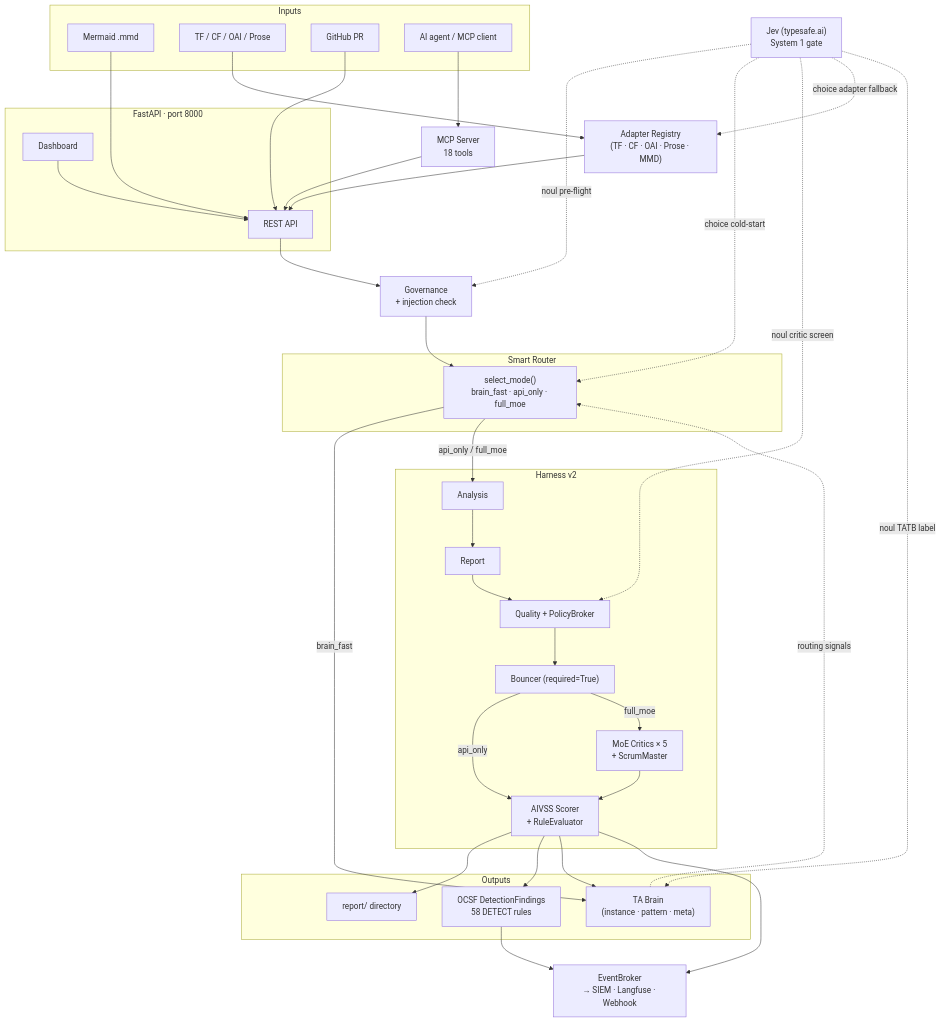
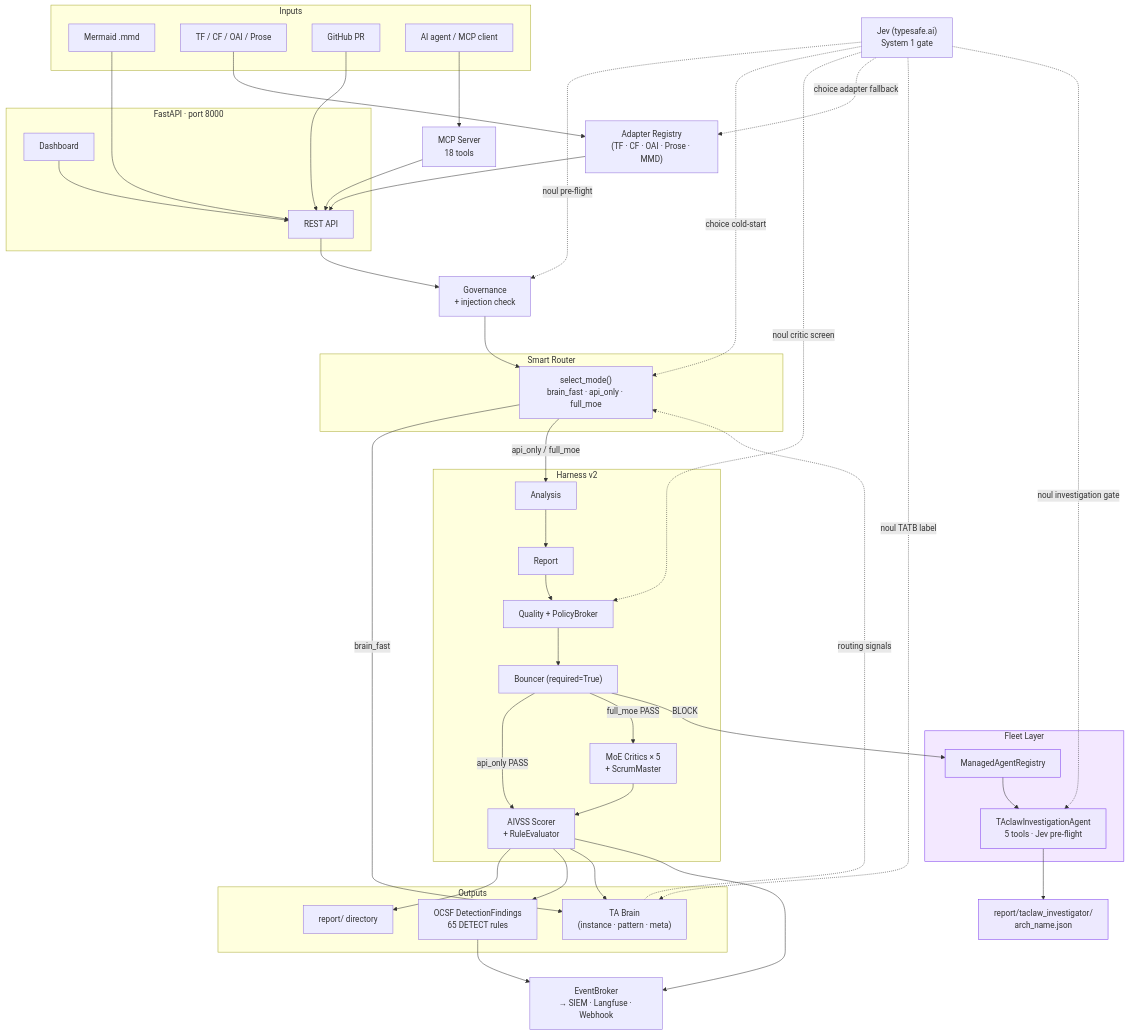
The diagram in README.md (BerdTan/threatassessor), drawn with Mermaid before and after one commit. The commit also changed other lines of this file, not shown here.

Commit message:
docs(readme): add fleet layer to architecture diagram + P36/P38 to blog table
- Bouncer BLOCK path now wires to Fleet Layer subgraph (ManagedAgentRegistry
  → TAclawInvestigationAgent → report/taclaw_investigator/)
- Jev noul investigation gate shown as 6th dotted edge
- Fleet subgraph styled purple to distinguish from deterministic pipeline
- Update Outputs: 58 → 65 DETECT rules
- Update description paragraph: five → six Jev decision points; add fleet
  layer explanation
- Add P36 and P38 to the blog series table

````diff
--- a/README.md
+++ b/README.md
@@ -48,9 +48,16 @@
 
     subgraph Outputs
         rep_o["report/ directory"]
-        ocsf_o["OCSF DetectionFindings\n58 DETECT rules"]
+        ocsf_o["OCSF DetectionFindings\n65 DETECT rules"]
         brn_o["TA Brain\n(instance · pattern · meta)"]
     end
+
+    subgraph Fleet["Fleet Layer"]
+        registry["ManagedAgentRegistry"]
+        inv_agent["TAclawInvestigationAgent\n5 tools · Jev pre-flight"]
+    end
+
+    fleet_rep["report/taclaw_investigator/\narch_name.json"]
 
     mmd_in --> rest_api
     sip_in --> adpt
@@ -70,9 +77,13 @@
     an_s --> rp_s
     rp_s --> ql_s
     ql_s --> bo_s
-    bo_s -->|api_only| av_s
-    bo_s -->|full_moe| cr_s
+    bo_s -->|api_only PASS| av_s
+    bo_s -->|full_moe PASS| cr_s
+    bo_s -->|BLOCK| registry
     cr_s --> av_s
+
+    registry --> inv_agent
+    inv_agent --> fleet_rep
 
     av_s --> rep_o
     av_s --> ocsf_o
@@ -85,4 +96,10 @@
     jev -.->|noul critic screen| ql_s
     jev -.->|choice adapter fallback| adpt
     jev -.->|noul TATB label| brn_o
+    jev -.->|noul investigation gate| inv_agent
+
+    style Fleet fill:#f3e8ff,stroke:#7c3aed
+    style registry fill:#ede9fe,stroke:#7c3aed
+    style inv_agent fill:#ede9fe,stroke:#7c3aed
+    style fleet_rep fill:#ede9fe,stroke:#7c3aed
 ```
````
